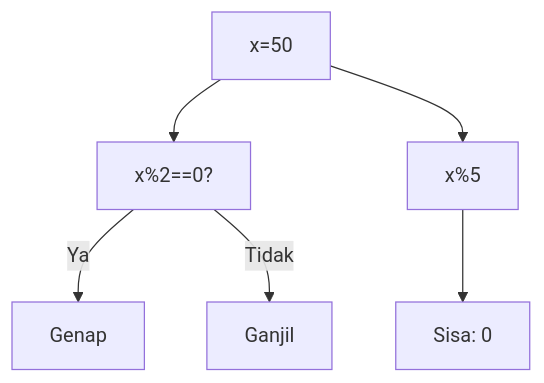
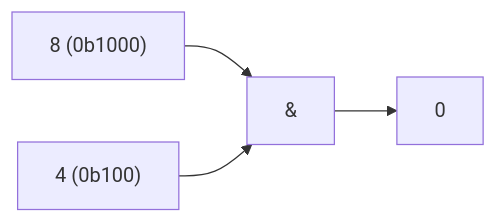
The sixth of 25 diagrams in part-c-pemahaman-cpp/06-bitwise/latihan/set-07.md (amnahwaida/OSNK_INF_PREP), drawn with Mermaid before and after one commit. The commit also changed other lines of this file and 71 other files, not shown here.

````diff
--- a/part-c-pemahaman-cpp/06-bitwise/latihan/set-07.md
+++ b/part-c-pemahaman-cpp/06-bitwise/latihan/set-07.md
@@ -147,8 +151,6 @@
 ```mermaid
-graph TD
-A["x=50"] --> B["x%2==0?"]
-B -- Ya --> C["Genap"]
-B -- Tidak --> D["Ganjil"]
-A --> E["x%5"]
-E --> F["Sisa: 0"]
+graph LR
+A["8 (0b1000)"] --> C["&"]
+B["4 (0b100)"] --> C
+C --> D["0"]
 ```
````
